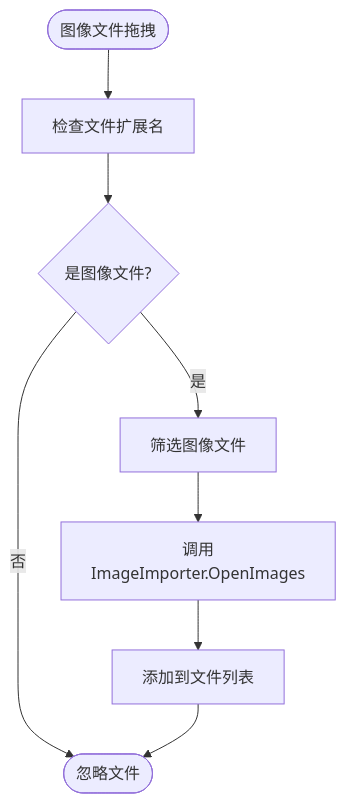
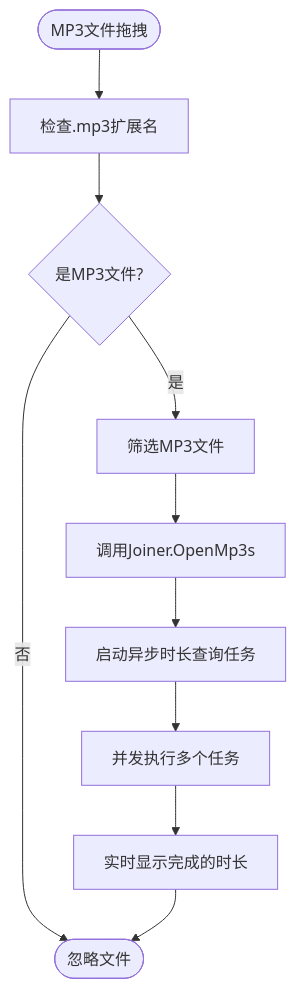
Before and after one commit to db300/PdfTool: the seventh of 9 diagrams in .qoder/repowiki/zh/content/技术架构设计/核心组件/界面层/拖拽操作.md, drawn with Mermaid. The commit also changed other lines of this file and 4 other files, not shown here.

````diff
--- a/.qoder/repowiki/zh/content/技术架构设计/核心组件/界面层/拖拽操作.md
+++ b/.qoder/repowiki/zh/content/技术架构设计/核心组件/界面层/拖拽操作.md
@@ -260,10 +288,12 @@
 ```mermaid
 flowchart TD
-Start([图像文件拖拽]) --> CheckExt["检查文件扩展名"]
-CheckExt --> IsImage{"是图像文件?"}
-IsImage --> |否| End([忽略文件])
-IsImage --> |是| FilterImages["筛选图像文件"]
-FilterImages --> CallImageImporter["调用ImageImporter.OpenImages"]
-CallImageImporter --> AddToList["添加到文件列表"]
-AddToList --> End
+Start([MP3文件拖拽]) --> CheckExt["检查.mp3扩展名"]
+CheckExt --> IsMP3{"是MP3文件?"}
+IsMP3 --> |否| End([忽略文件])
+IsMP3 --> |是| FilterMP3["筛选MP3文件"]
+FilterMP3 --> CallJoiner["调用Joiner.OpenMp3s"]
+CallJoiner --> StartTasks["启动异步时长查询任务"]
+StartTasks --> Concurrent["并发执行多个任务"]
+Concurrent --> RealTime["实时显示完成的时长"]
+RealTime --> End
 ```
````
